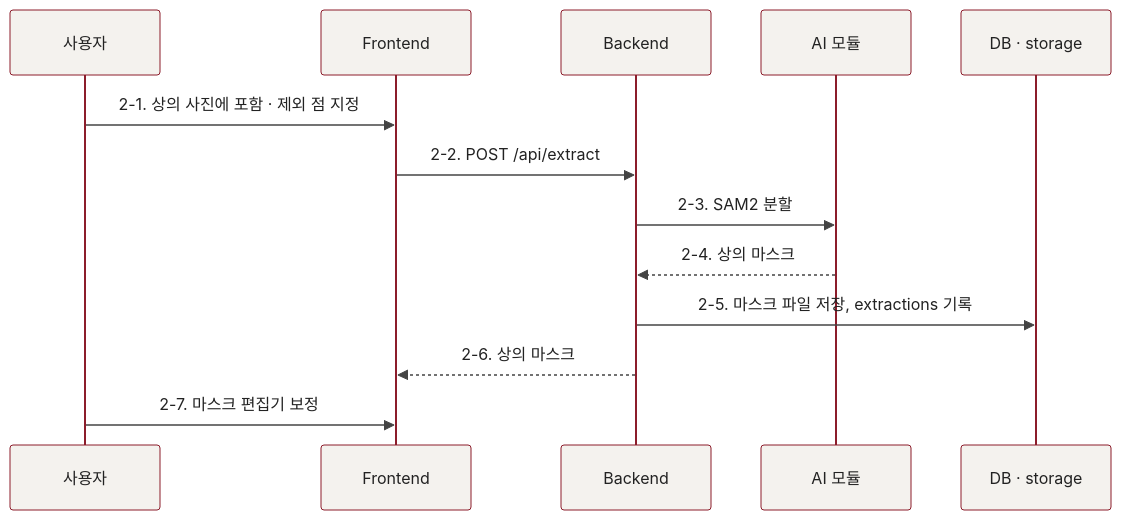
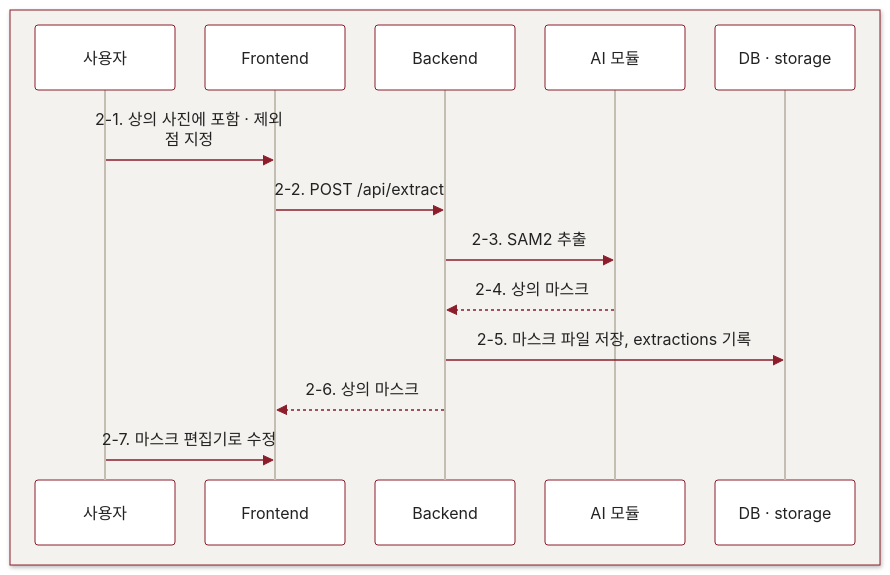
Before and after one commit to Jenny5789/CGI_MOA: the fifth of 8 diagrams in README.md, drawn with Mermaid. The commit also changed other lines of this file, not shown here.

````diff
--- a/README.md
+++ b/README.md
@@ -243,16 +262,18 @@
 ```mermaid
-%%{init: {'theme':'base','themeVariables':{'primaryColor':'#f4f2ee','primaryBorderColor':'#8c1d2b','primaryTextColor':'#222222','lineColor':'#444444','noteBkgColor':'#8c1d2b','noteTextColor':'#ffffff','noteBorderColor':'#8c1d2b','labelBoxBkgColor':'#8c1d2b','labelBoxBorderColor':'#8c1d2b','labelTextColor':'#ffffff','loopTextColor':'#8c1d2b','signalColor':'#444444','signalTextColor':'#222222'}}}%%
+%%{init: {'theme':'base','themeVariables':{'fontSize':'18px','primaryColor':'#ffffff','primaryBorderColor':'#8c1d2b','primaryTextColor':'#222222','textColor':'#222222','lineColor':'#8c1d2b','mainBkg':'#ffffff','nodeBorder':'#8c1d2b','secondaryColor':'#f4f2ee','tertiaryColor':'#f4f2ee','edgeLabelBackground':'#f4f2ee','actorBkg':'#ffffff','actorBorder':'#8c1d2b','actorTextColor':'#222222','actorLineColor':'#c4bdb1','signalColor':'#8c1d2b','signalTextColor':'#222222','labelBoxBkgColor':'#ffffff','labelBoxBorderColor':'#8c1d2b','labelTextColor':'#222222','loopTextColor':'#222222','noteBkgColor':'#ffffff','noteBorderColor':'#8c1d2b','noteTextColor':'#222222'},'sequence':{'actorMargin':30,'width':140,'wrap':true}}}%%
 sequenceDiagram
-    participant U as 사용자
-    participant F as Frontend
-    participant B as Backend
-    participant A as AI 모듈
-    participant S as DB · storage
+    box rgb(244,242,238)
+        participant U as 사용자
+        participant F as Frontend
+        participant B as Backend
+        participant A as AI 모듈
+        participant S as DB · storage
+    end
     U->>F: 2-1. 상의 사진에 포함 · 제외 점 지정
     F->>B: 2-2. POST /api/extract
-    B->>A: 2-3. SAM2 분할
+    B->>A: 2-3. SAM2 추출
     A-->>B: 2-4. 상의 마스크
     B->>S: 2-5. 마스크 파일 저장, extractions 기록
     B-->>F: 2-6. 상의 마스크
-    U->>F: 2-7. 마스크 편집기 보정
+    U->>F: 2-7. 마스크 편집기로 수정
 ```
````
